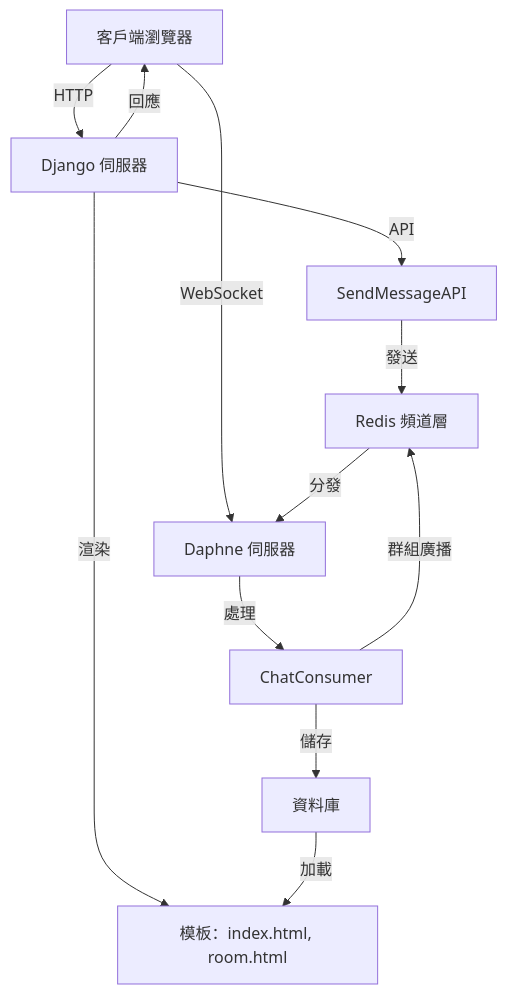
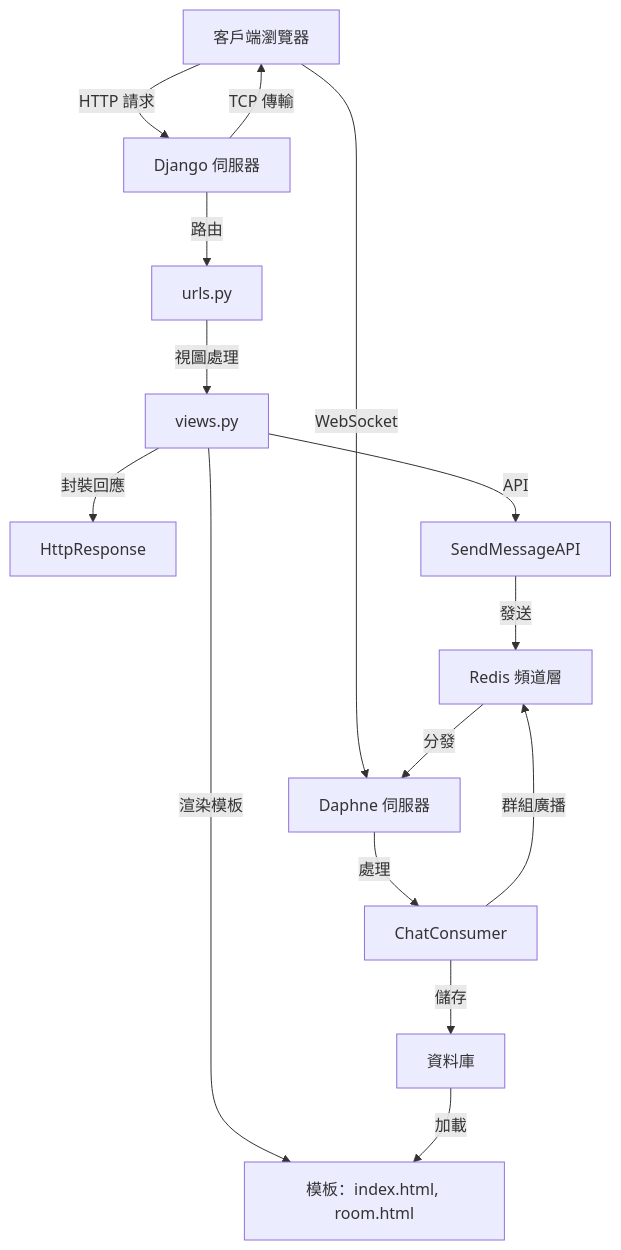
The diagram in README.md (BpsEason/realtime_chat_django), drawn with Mermaid before and after one commit.

````diff
--- a/README.md
+++ b/README.md
@@ -14,14 +14,17 @@
 ```mermaid
 graph TD
-    A[客戶端瀏覽器] -->|HTTP| B[Django 伺服器]
-    A -->|WebSocket| C[Daphne 伺服器]
-    B -->|渲染| D[模板：index.html, room.html]
-    B -->|回應| A
-    C -->|處理| E[ChatConsumer]
-    E -->|群組廣播| F[Redis 頻道層]
-    F -->|分發| C
-    E -->|儲存| G[資料庫]
-    B -->|API| H[SendMessageAPI]
-    H -->|發送| F
-    G -->|加載| D
+    A[客戶端瀏覽器] -->|HTTP 請求| B[Django 伺服器]
+    B -->|路由| C[urls.py]
+    C -->|視圖處理| D[views.py]
+    D -->|渲染模板| E[模板：index.html, room.html]
+    D -->|封裝回應| F[HttpResponse]
+    B -->|TCP 傳輸| A
+    A -->|WebSocket| G[Daphne 伺服器]
+    G -->|處理| H[ChatConsumer]
+    H -->|群組廣播| I[Redis 頻道層]
+    I -->|分發| G
+    H -->|儲存| J[資料庫]
+    D -->|API| K[SendMessageAPI]
+    K -->|發送| I
+    J -->|加載| E
 ```
````
